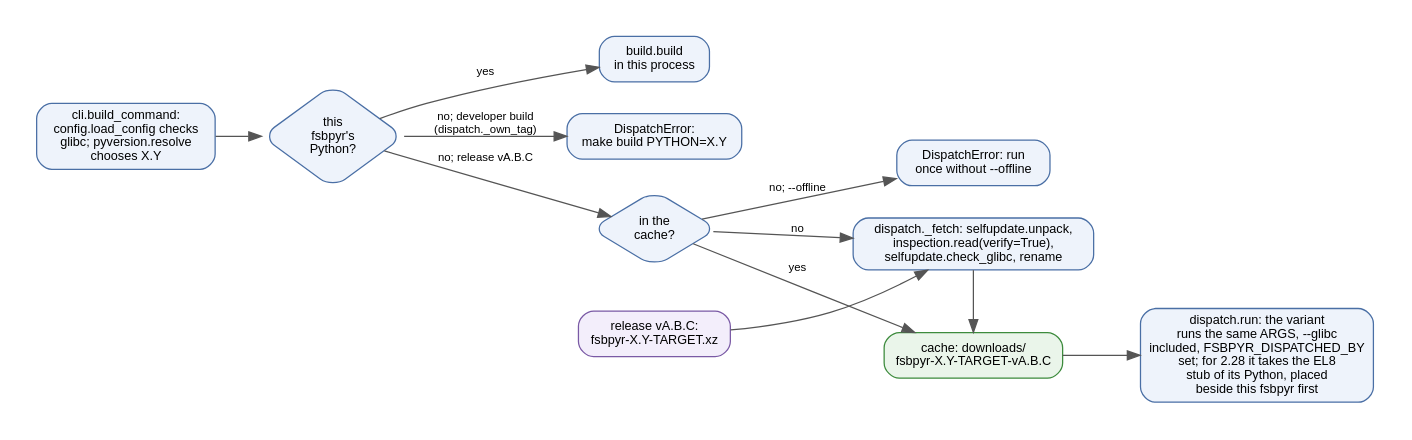
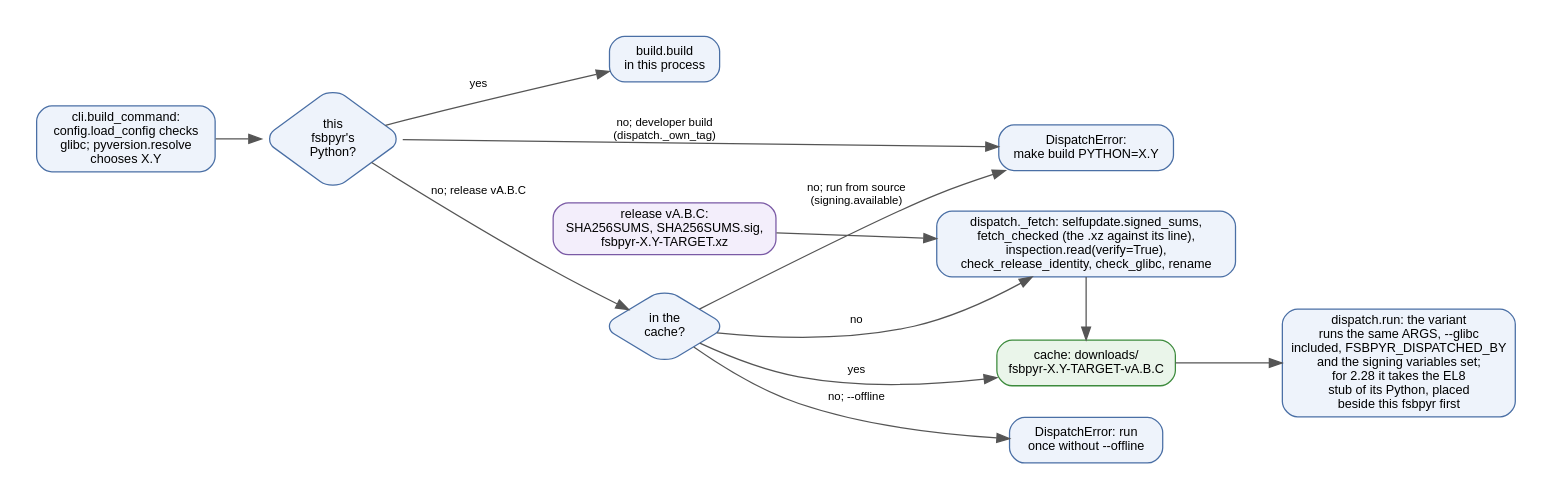
Before and after one commit to devitops-com/fsbpyr: the diagram in wiki/diagrams/build-dispatch.dot, drawn with Graphviz. The commit also changed 40 other files, not shown here.

```diff
--- a/wiki/diagrams/build-dispatch.dot
+++ b/wiki/diagrams/build-dispatch.dot
@@ -1,38 +1,39 @@
-// How fsbpyr build picks the Python and hands the build to another fsbpyr (v0.28.0):
+// How fsbpyr build picks the Python and hands the build to another fsbpyr (v0.30.0):
 // cli.build_command, config.load_config, pyversion.resolve, then dispatch.run, variant, _own_tag
-// and _fetch. The variant gets the same arguments, --glibc and --offline included, and
-// FSBPYR_DISPATCHED_BY, where it looks for a placed EL8 stub first.
+// and _fetch. The variant gets the same arguments, --glibc and --offline included, the signing
+// variables and FSBPYR_DISPATCHED_BY, where it looks for a placed EL8 stub first.
 digraph build_dispatch {
   graph [fontname="Helvetica" fontsize=11 rankdir=LR bgcolor="white" pad=0.3 nodesep=0.35 ranksep=0.5];
   node [fontname="Helvetica" fontsize=10 shape=box style="rounded,filled" fillcolor="#eef3fb" color="#4a6fa5"];
   edge [fontname="Helvetica" fontsize=9 color="#555555"];
 
   resolve [label="cli.build_command:\nconfig.load_config checks\nglibc; pyversion.resolve\nchooses X.Y"];
   own [shape=diamond label="this\nfsbpyr's\nPython?"];
   build [label="build.build\nin this process"];
   dev [label="DispatchError:\nmake build PYTHON=X.Y"];
   cached [shape=diamond label="in the\ncache?"];
   offline [label="DispatchError: run\nonce without --offline"];
-  fetch [label="dispatch._fetch: selfupdate.unpack,\ninspection.read(verify=True),\nselfupdate.check_glibc, rename"];
-  run [label="dispatch.run: the variant\nruns the same ARGS, --glibc\nincluded, FSBPYR_DISPATCHED_BY\nset; for 2.28 it takes the EL8\nstub of its Python, placed\nbeside this fsbpyr first"];
+  fetch [label="dispatch._fetch: selfupdate.signed_sums,\nfetch_checked (the .xz against its line),\ninspection.read(verify=True),\ncheck_release_identity, check_glibc, rename"];
+  run [label="dispatch.run: the variant\nruns the same ARGS, --glibc\nincluded, FSBPYR_DISPATCHED_BY\nand the signing variables set;\nfor 2.28 it takes the EL8\nstub of its Python, placed\nbeside this fsbpyr first"];
 
   node [fillcolor="#f3eefb" color="#7a5aa5"];
-  release [label="release vA.B.C:\nfsbpyr-X.Y-TARGET.xz"];
+  release [label="release vA.B.C:\nSHA256SUMS, SHA256SUMS.sig,\nfsbpyr-X.Y-TARGET.xz"];
 
   node [fillcolor="#eaf5ea" color="#3d8b3d"];
   file [label="cache: downloads/\nfsbpyr-X.Y-TARGET-vA.B.C"];
 
   resolve -> own;
   own -> build [label="yes"];
   own -> dev [label="no; developer build\n(dispatch._own_tag)"];
   own -> cached [label="no; release vA.B.C"];
   cached -> file [label="yes"];
   cached -> fetch [label="no"];
+  cached -> dev [label="no; run from source\n(signing.available)"];
   cached -> offline [label="no; --offline"];
   release -> fetch;
   fetch -> file;
   file -> run;
 
   { rank=same; release; cached; }
   { rank=same; fetch; file; }
 }
```
